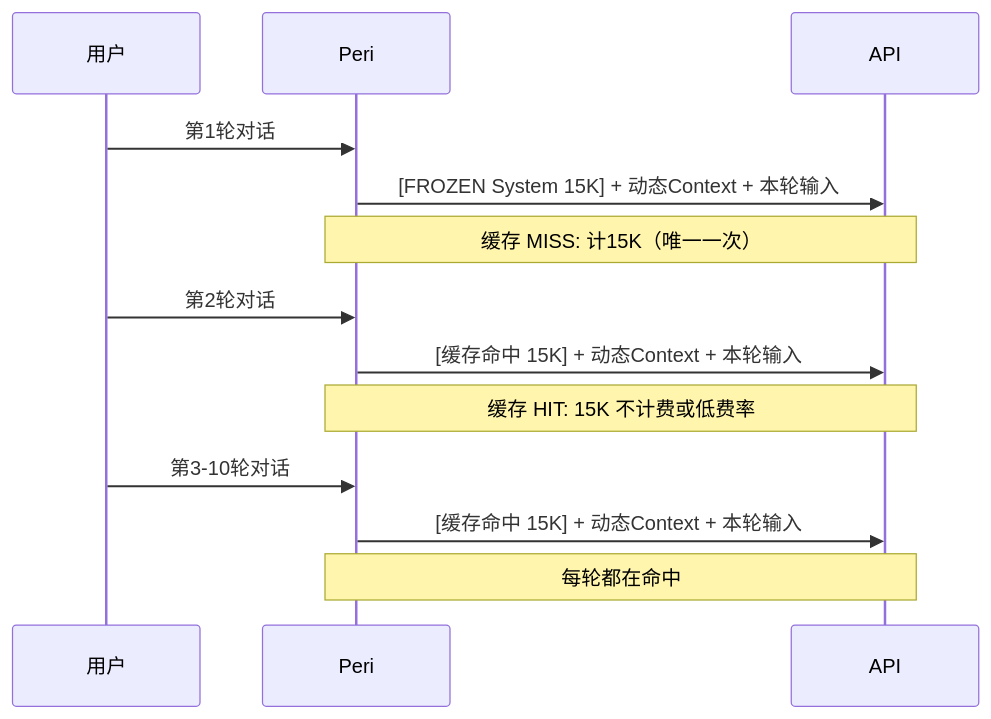
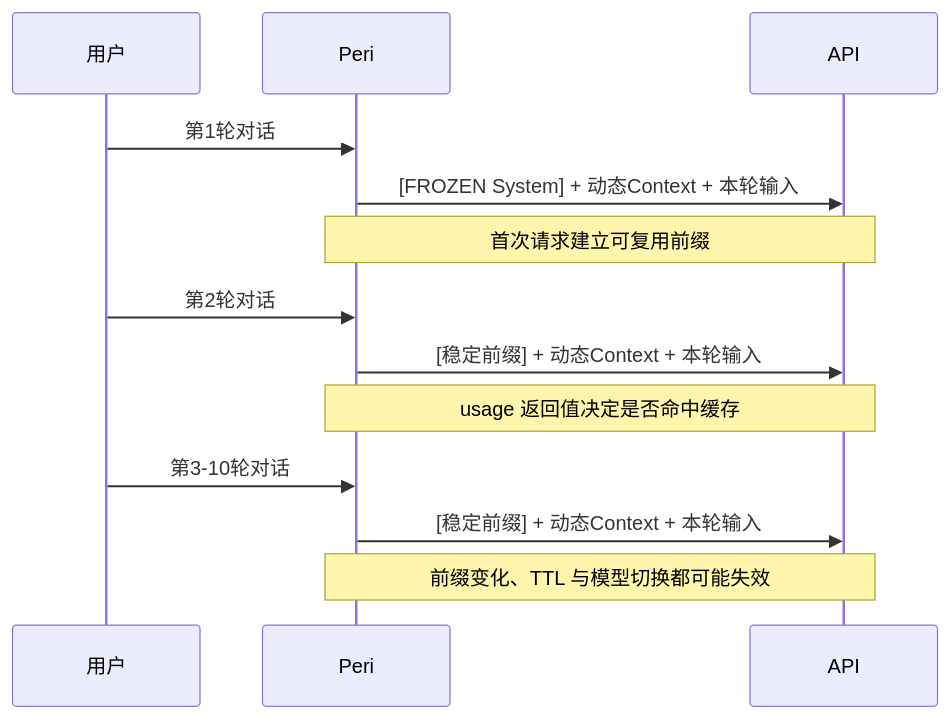
Before and after one commit to KonghaYao/peri-cool: the second of 4 diagrams in src/content/docs/docs/features/context-engineering.mdx, drawn with Mermaid. The commit also changed other lines of this file and 65 other files, not shown here.

````diff
--- a/src/content/docs/docs/features/context-engineering.mdx
+++ b/src/content/docs/docs/features/context-engineering.mdx
@@ -54,16 +54,16 @@
 ```mermaid
 sequenceDiagram
     participant U as 用户
     participant P as Peri
     participant API as API
 
     U->>P: 第1轮对话
-    P->>API: [FROZEN System 15K] + 动态Context + 本轮输入
-    Note over P,API: 缓存 MISS: 计15K（唯一一次）
+    P->>API: [FROZEN System] + 动态Context + 本轮输入
+    Note over P,API: 首次请求建立可复用前缀
     U->>P: 第2轮对话
-    P->>API: [缓存命中 15K] + 动态Context + 本轮输入
-    Note over P,API: 缓存 HIT: 15K 不计费或低费率
+    P->>API: [稳定前缀] + 动态Context + 本轮输入
+    Note over P,API: usage 返回值决定是否命中缓存
     U->>P: 第3-10轮对话
-    P->>API: [缓存命中 15K] + 动态Context + 本轮输入
-    Note over P,API: 每轮都在命中
+    P->>API: [稳定前缀] + 动态Context + 本轮输入
+    Note over P,API: 前缀变化、TTL 与模型切换都可能失效
 ```
````
